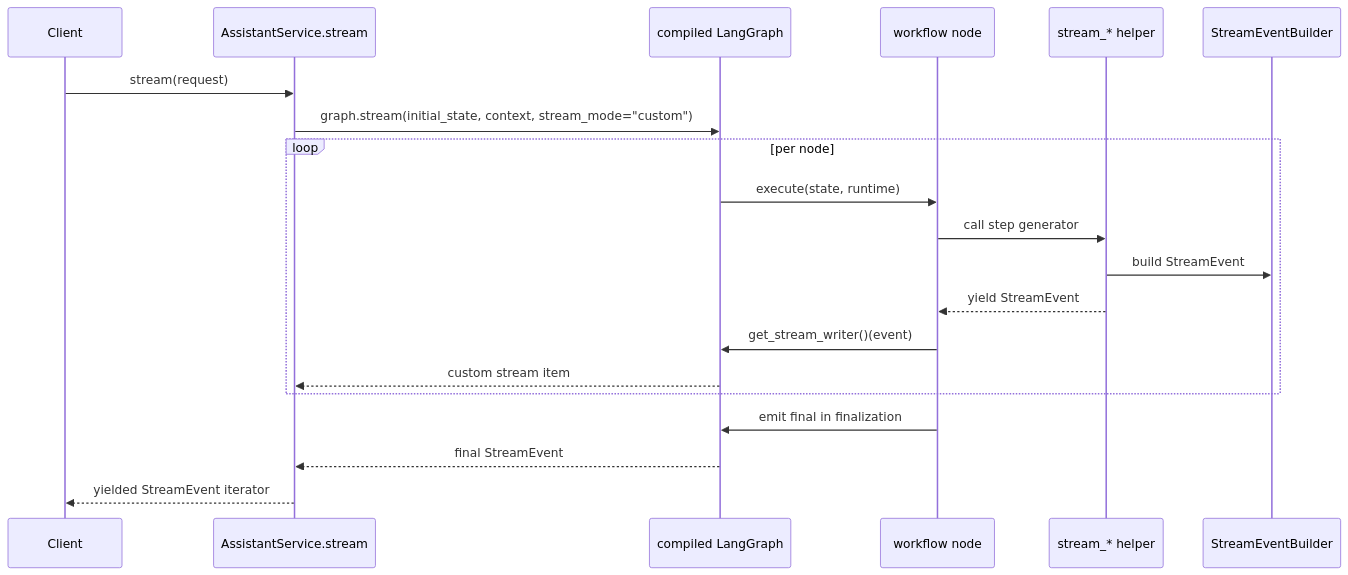
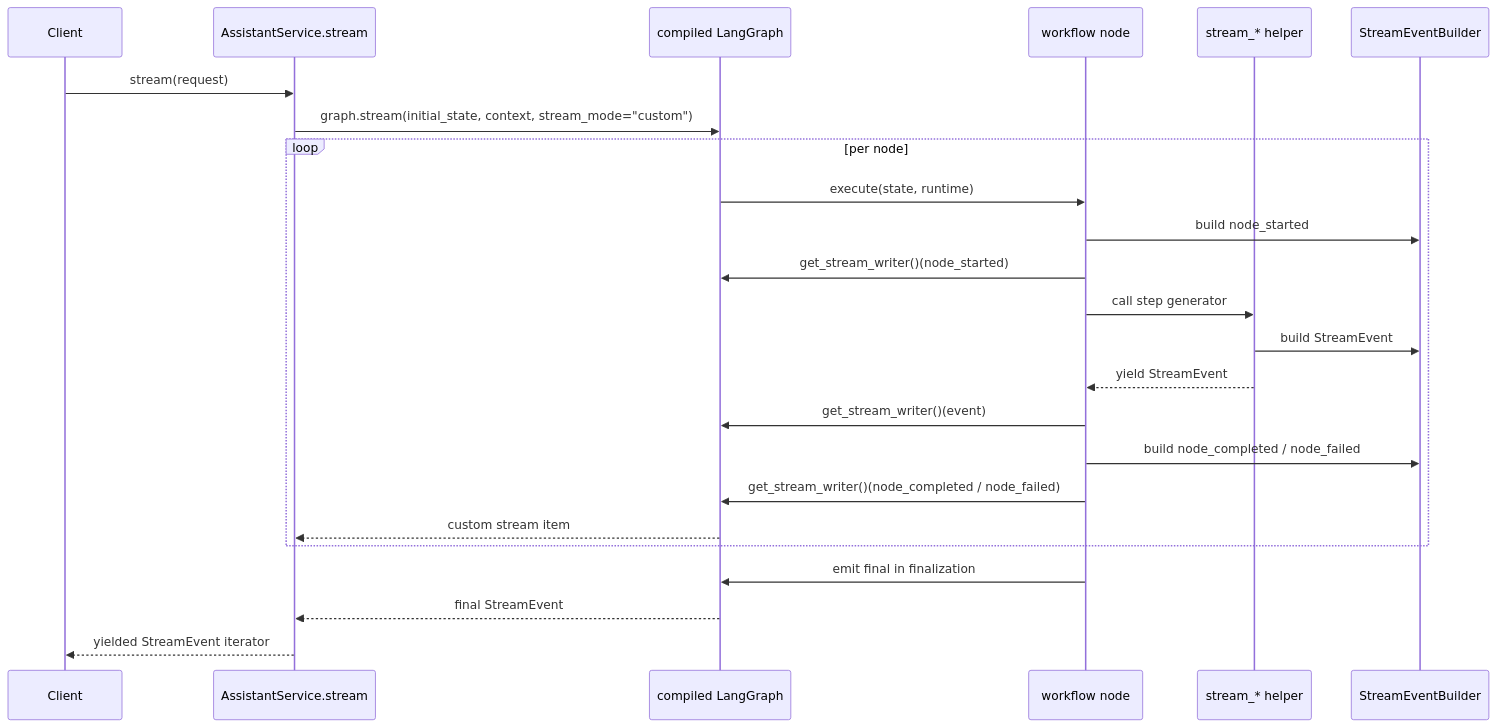
Before and after one commit to lmguerrini/creative-coding-assistant: the second of 3 diagrams in architecture/workflow_graph.md, drawn with Mermaid. The commit also changed other lines of this file and 26 other files, not shown here.

````diff
--- a/architecture/workflow_graph.md
+++ b/architecture/workflow_graph.md
@@ -185,23 +188,27 @@
 ```mermaid
 sequenceDiagram
     participant Client
     participant Service as AssistantService.stream
     participant Graph as compiled LangGraph
     participant Node as workflow node
     participant Step as stream_* helper
     participant Builder as StreamEventBuilder
 
     Client->>Service: stream(request)
     Service->>Graph: graph.stream(initial_state, context, stream_mode="custom")
     loop per node
         Graph->>Node: execute(state, runtime)
+        Node->>Builder: build node_started
+        Node->>Graph: get_stream_writer()(node_started)
         Node->>Step: call step generator
         Step->>Builder: build StreamEvent
         Step-->>Node: yield StreamEvent
         Node->>Graph: get_stream_writer()(event)
+        Node->>Builder: build node_completed / node_failed
+        Node->>Graph: get_stream_writer()(node_completed / node_failed)
         Graph-->>Service: custom stream item
     end
     Node->>Graph: emit final in finalization
     Graph-->>Service: final StreamEvent
     Service-->>Client: yielded StreamEvent iterator
 ```
````
